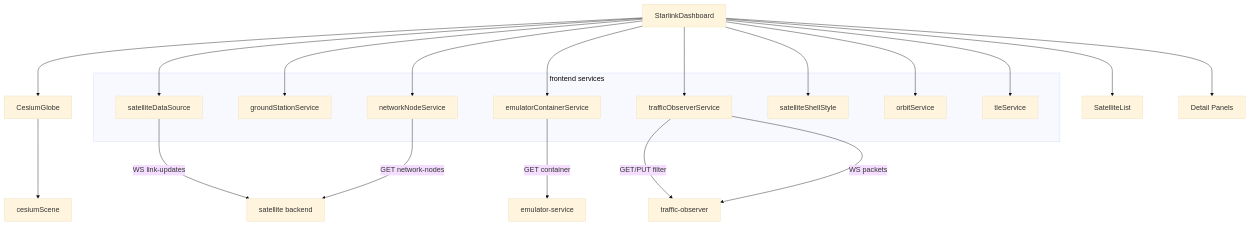
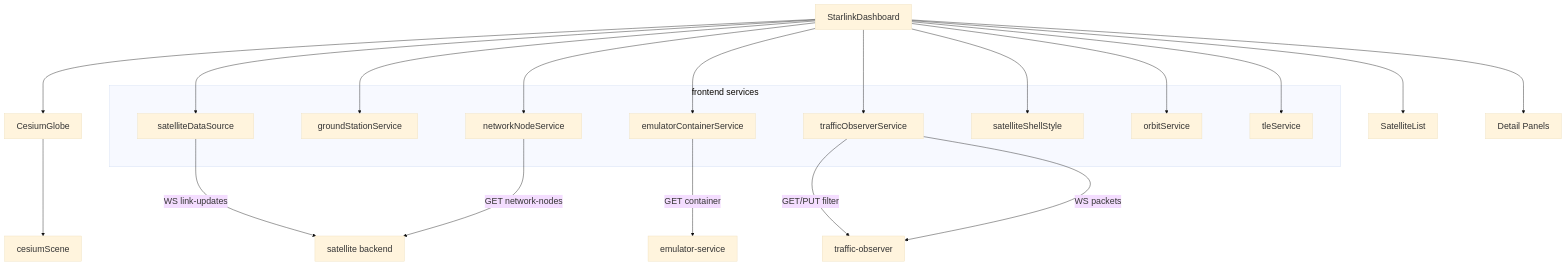
One commit to cy-gitlab/seed-visualization changed the third of 10 diagrams in docs/architecture.md. Above: the diagram before and after it, drawn with Mermaid. The commit also changed other lines of this file, not shown here.

````diff
--- a/docs/architecture.md
+++ b/docs/architecture.md
@@ -93,40 +93,40 @@
 ```mermaid
-%%{init: {"theme": "base", "themeVariables": {"fontSize": "18px", "fontFamily": "Arial, Microsoft YaHei, sans-serif"}, "flowchart": {"htmlLabels": true, "nodeSpacing": 90, "rankSpacing": 115, "curve": "basis"}} }%%
+%%{init: {"theme": "base", "themeVariables": {"fontSize": "22px", "fontFamily": "Arial, Microsoft YaHei, sans-serif"}, "flowchart": {"htmlLabels": true, "nodeSpacing": 120, "rankSpacing": 140, "diagramPadding": 36, "wrappingWidth": 180, "curve": "basis"}} }%%
 flowchart TB
   Dashboard["StarlinkDashboard"]
   Globe["CesiumGlobe"]
   Scene["cesiumScene"]
   SatList["SatelliteList"]
   Panels["Detail Panels"]
 
   Dashboard --> Globe
   Globe --> Scene
   Dashboard --> SatList
   Dashboard --> Panels
 
   subgraph DataServices["frontend services"]
-    SatDS["satelliteDataSource"]
-    GroundSvc["groundStationService"]
-    NetworkNodeSvc["networkNodeService"]
-    ContainerSvc["emulatorContainerService"]
-    TrafficSvc["trafficObserverService"]
-    ShellStyle["satelliteShellStyle"]
+    SatDS["<div style='min-width:230px;white-space:nowrap'>satelliteDataSource</div>"]
+    GroundSvc["<div style='min-width:230px;white-space:nowrap'>groundStationService</div>"]
+    NetworkNodeSvc["<div style='min-width:230px;white-space:nowrap'>networkNodeService</div>"]
+    ContainerSvc["<div style='min-width:250px;white-space:nowrap'>emulatorContainerService</div>"]
+    TrafficSvc["<div style='min-width:240px;white-space:nowrap'>trafficObserverService</div>"]
+    ShellStyle["<div style='min-width:220px;white-space:nowrap'>satelliteShellStyle</div>"]
     OrbitSvc["orbitService"]
     TleSvc["tleService"]
   end
 
   Dashboard --> SatDS
   Dashboard --> GroundSvc
   Dashboard --> NetworkNodeSvc
   Dashboard --> ContainerSvc
   Dashboard --> TrafficSvc
   Dashboard --> ShellStyle
   Dashboard --> OrbitSvc
   Dashboard --> TleSvc
 
   SatDS -->|"WS link-updates"| SatBackend["satellite backend"]
   NetworkNodeSvc -->|"GET network-nodes"| SatBackend
   ContainerSvc -->|"GET container"| EmulatorService["emulator-service"]
   TrafficSvc -->|"GET/PUT filter"| TrafficObserver["traffic-observer"]
   TrafficSvc -->|"WS packets"| TrafficObserver
 ```
````
